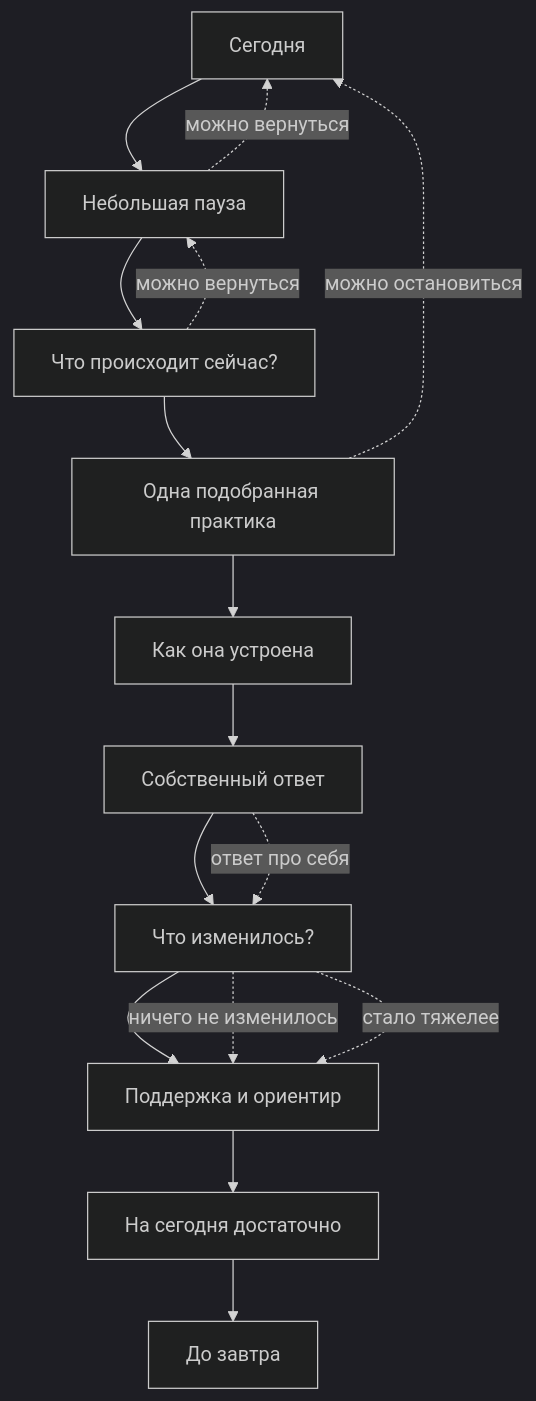
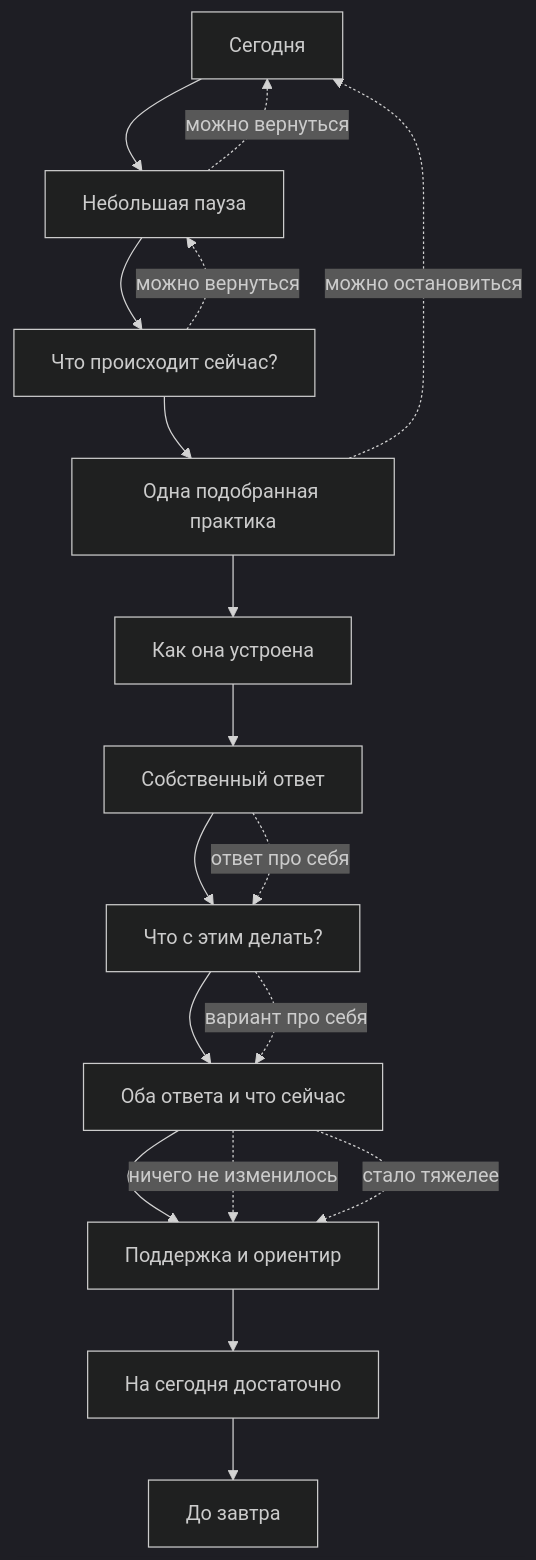
The diagram in docs/product-redesign-daily-ritual.md (anisimoffm-ship-it/opora-daily-practice), drawn with Mermaid (dark theme) before and after one commit. The commit also changed other lines of this file and 8 other files, not shown here.

````diff
--- a/docs/product-redesign-daily-ritual.md
+++ b/docs/product-redesign-daily-ritual.md
@@ -58,19 +59,21 @@
 ```mermaid
 flowchart TD
     A[Сегодня] --> B[Небольшая пауза]
     B --> C[Что происходит сейчас?]
     C --> D[Одна подобранная практика]
     D --> E[Как она устроена]
     E --> F[Собственный ответ]
-    F --> G[Что изменилось?]
-    G --> H[Поддержка и ориентир]
-    H --> I[На сегодня достаточно]
-    I --> J[До завтра]
+    F --> G[Что с этим делать?]
+    G --> H[Оба ответа и что сейчас]
+    H --> I[Поддержка и ориентир]
+    I --> J[На сегодня достаточно]
+    J --> K[До завтра]
 
     B -. можно вернуться .-> A
     C -. можно вернуться .-> B
     D -. можно остановиться .-> A
     F -. ответ про себя .-> G
-    G -. ничего не изменилось .-> H
-    G -. стало тяжелее .-> H
+    G -. вариант про себя .-> H
+    H -. ничего не изменилось .-> I
+    H -. стало тяжелее .-> I
 ```
````
